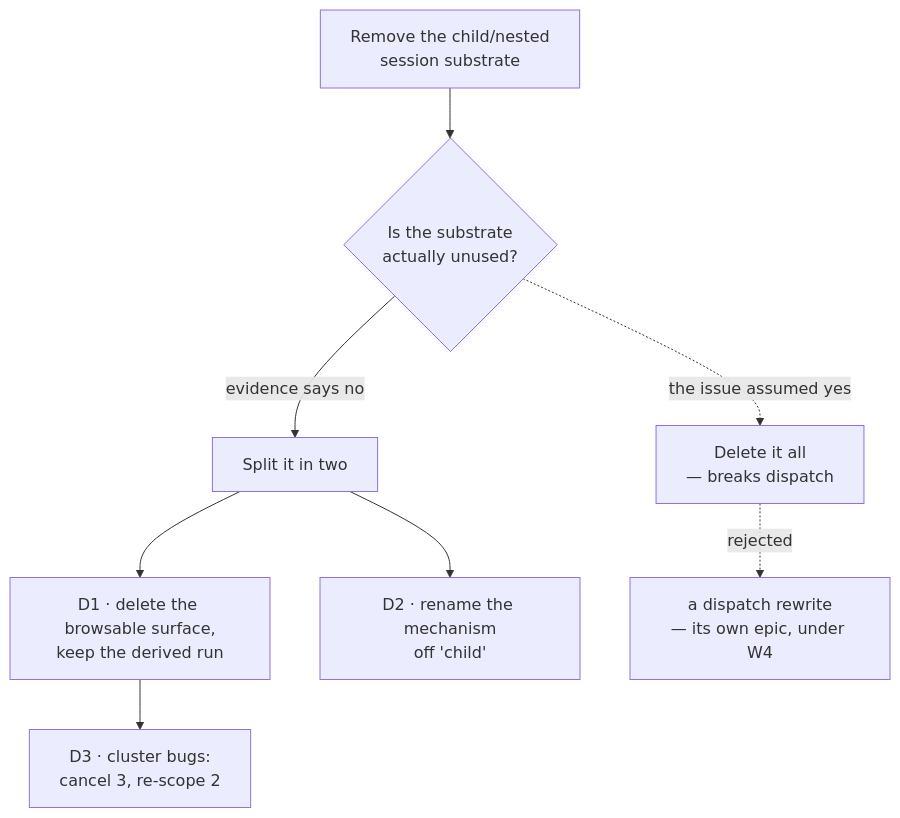
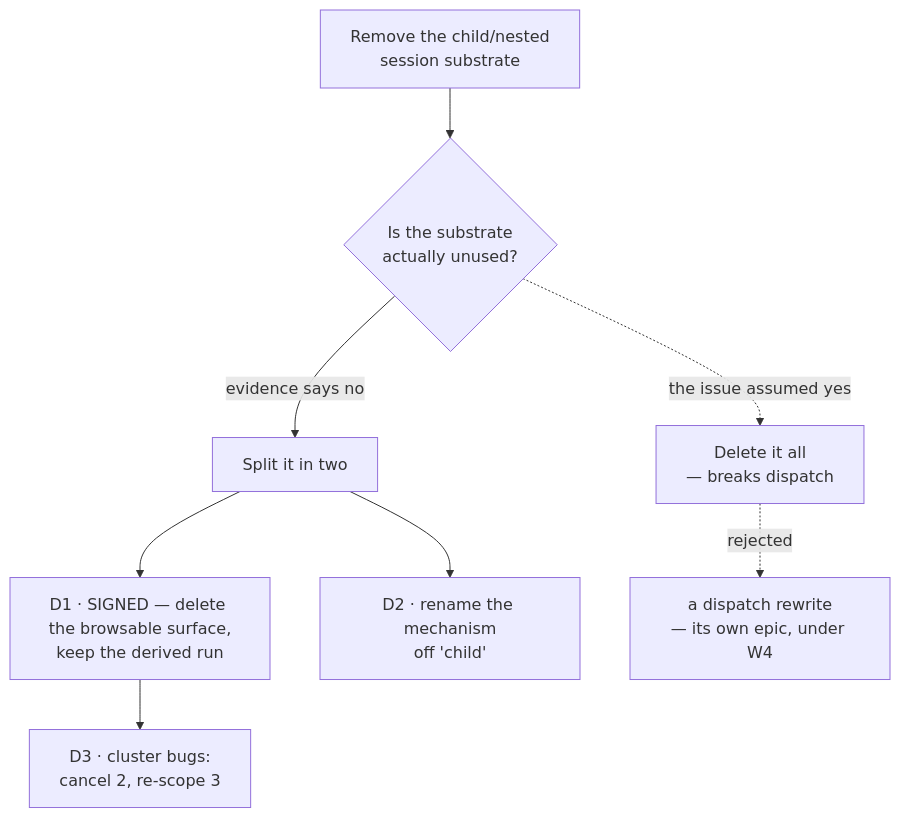
One commit to fixpoint-labs/flow-state-dev changed the diagram in spec/FIX-1440/DECISIONS.md. Above: the diagram before and after it, drawn with Mermaid. The commit also changed other lines of this file and 3 other files, not shown here.

````diff
--- a/spec/FIX-1440/DECISIONS.md
+++ b/spec/FIX-1440/DECISIONS.md
@@ -3,10 +3,10 @@
 ```mermaid
 flowchart TD
   I["Remove the child/nested<br/>session substrate"] --> Q{"Is the substrate<br/>actually unused?"}
   Q -->|"evidence says no"| S["Split it in two"]
   Q -.->|"the issue assumed yes"| X["Delete it all<br/>— breaks dispatch"]
-  S --> D1["D1 · delete the browsable surface,<br/>keep the derived run"]
+  S --> D1["D1 · SIGNED — delete the browsable surface,<br/>keep the derived run"]
   S --> D2["D2 · rename the mechanism<br/>off 'child'"]
-  D1 --> D3["D3 · cluster bugs:<br/>cancel 3, re-scope 2"]
+  D1 --> D3["D3 · cluster bugs:<br/>cancel 2, re-scope 3"]
   X -.->|"rejected"| W["a dispatch rewrite<br/>— its own epic, under W4"]
 ```
````
